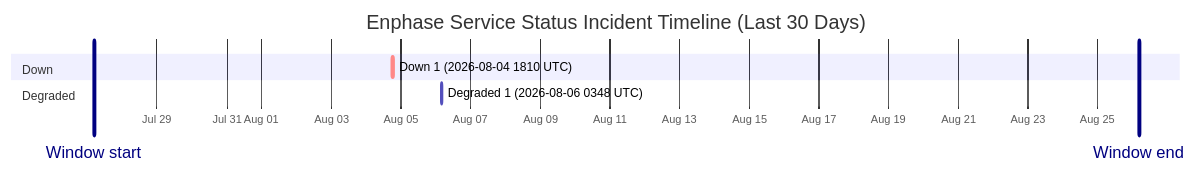
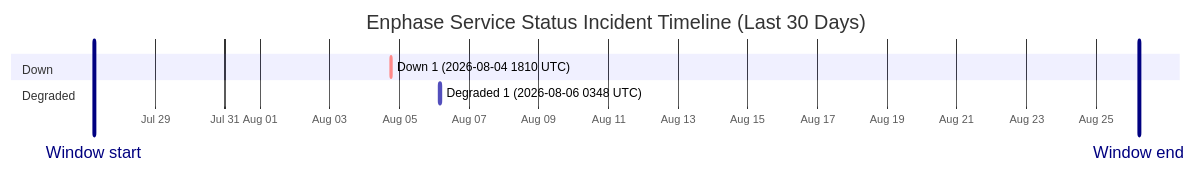
One commit to barneyonline/ha-enphase-energy changed the diagram in wiki/Service-Status-History.md. Above: the diagram before and after it, drawn with Mermaid. The commit also changed other lines of this file and 3 other files, not shown here.

````diff
--- a/wiki/Service-Status-History.md
+++ b/wiki/Service-Status-History.md
@@ -14,12 +14,12 @@
 ```mermaid
 gantt
     title Enphase Service Status Incident Timeline (Last 30 Days)
     dateFormat  YYYY-MM-DDTHH:mm:ss
     axisFormat  %b %d
-    Window start :vert, window-start, 2026-07-27T04:36:48, 0ms
-    Window end :vert, window-end, 2026-08-26T04:36:48, 0ms
+    Window start :vert, window-start, 2026-07-27T05:32:09, 0ms
+    Window end :vert, window-end, 2026-08-26T05:32:09, 0ms
     section Down
     Down 1 (2026-08-04 1810 UTC) :crit, down-1, 2026-08-04T18:10:46, 60m
     section Degraded
     Degraded 1 (2026-08-06 0348 UTC) :active, degraded-1, 2026-08-06T03:48:14, 60m
 ```
````
